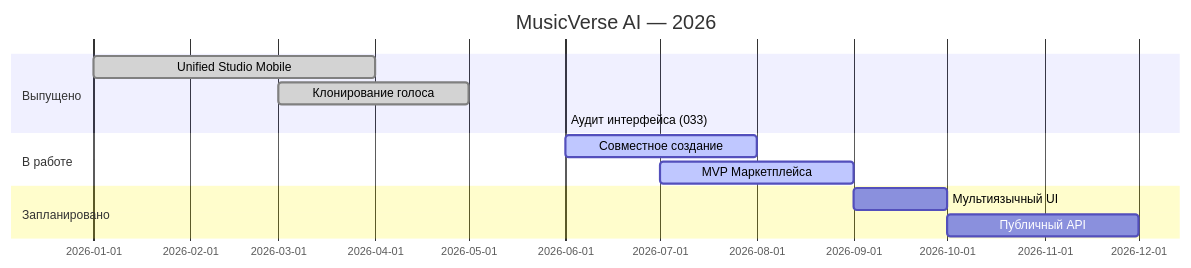
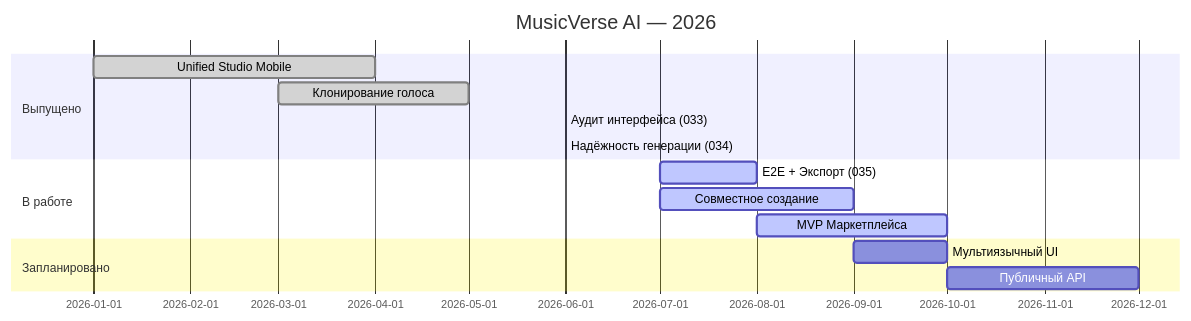
One commit to HOW2AI-AGENCY/aimusicverse changed the second of 2 diagrams in README.md. Above: the diagram before and after it, drawn with Mermaid. The commit also changed other lines of this file and 6 other files, not shown here.

````diff
--- a/README.md
+++ b/README.md
@@ -415,15 +415,17 @@
 ```mermaid
 gantt
     title MusicVerse AI — 2026
     dateFormat YYYY-MM
     section Выпущено
     Unified Studio Mobile     :done, 2026-01, 2026-04
     Клонирование голоса       :done, 2026-03, 2026-05
     Аудит интерфейса (033)    :done, 2026-06, 2026-06
+    Надёжность генерации (034):done, 2026-06, 2026-06
     section В работе
-    Совместное создание       :active, 2026-06, 2026-08
-    MVP Маркетплейса          :active, 2026-07, 2026-09
+    E2E + Экспорт (035)       :active, 2026-07, 2026-08
+    Совместное создание       :active, 2026-07, 2026-09
+    MVP Маркетплейса          :active, 2026-08, 2026-10
     section Запланировано
     Мультиязычный UI          : 2026-09, 2026-10
     Публичный API             : 2026-10, 2026-12
 ```
````
